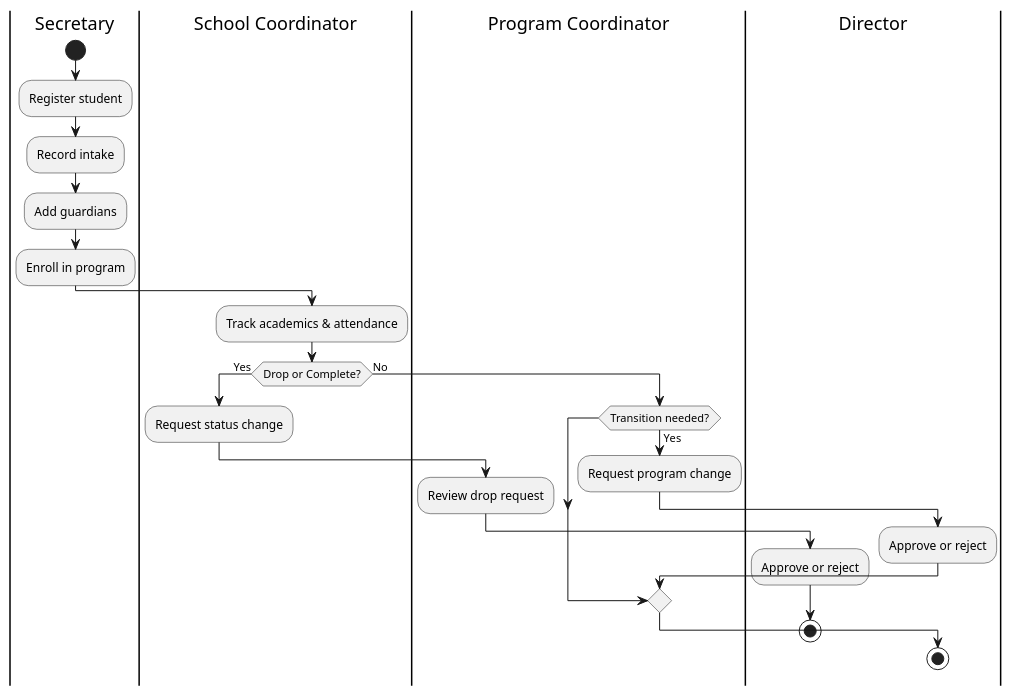
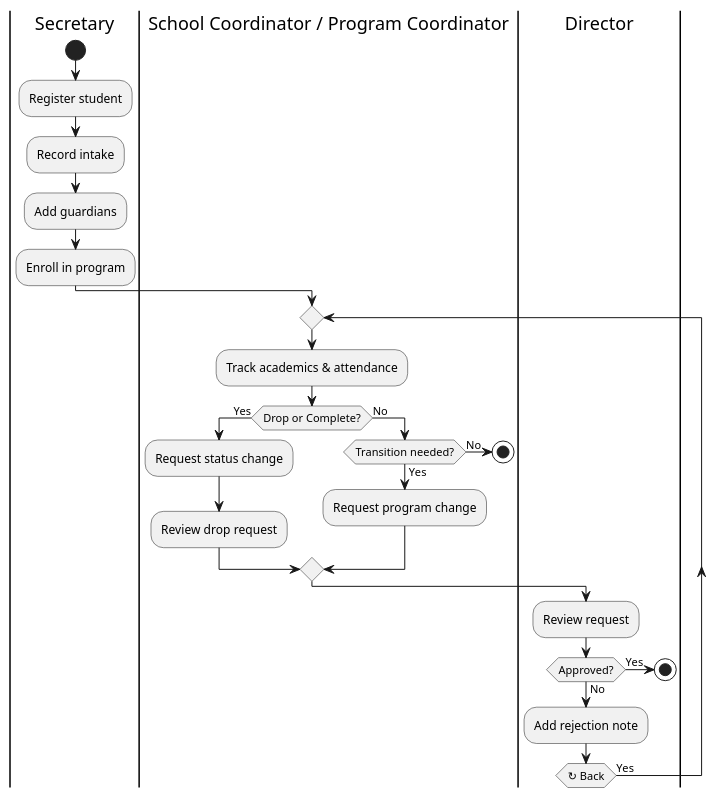
One commit to TainYanTun/BHSMS-Architectural-Blueprint changed the diagram in activity-diagram/workflow_student.puml. Above: the diagram before and after it, drawn with PlantUML. The commit also changed 30 other files, not shown here.

```diff
--- a/activity-diagram/workflow_student.puml
+++ b/activity-diagram/workflow_student.puml
@@ -1,28 +1,31 @@
 @startuml
 |Secretary|
 start
 :Register student;
 :Record intake;
 :Add guardians;
 :Enroll in program;
 
-|School Coordinator|
-:Track academics & attendance;
+|School Coordinator / Program Coordinator|
+repeat
+  :Track academics & attendance;
+  if (Drop or Complete?) then (Yes)
+    :Request status change;
+    :Review drop request;
+  else (No)
+    if (Transition needed?) then (Yes)
+      :Request program change;
+    else (No)
+      stop
+    endif
+  endif
 
-if (Drop or Complete?) then (Yes)
-  :Request status change;
-  |Program Coordinator|
-  :Review drop request;
   |Director|
-  :Approve or reject;
-  stop
-else (No)
-  |Program Coordinator|
-  if (Transition needed?) then (Yes)
-    :Request program change;
-    |Director|
-    :Approve or reject;
+  :Review request;
+  if (Approved?) then (Yes)
+    stop
+  else (No)
+    :Add rejection note;
   endif
-  stop
-endif
+repeat while (↻ Back) is (Yes)
 @enduml
```
